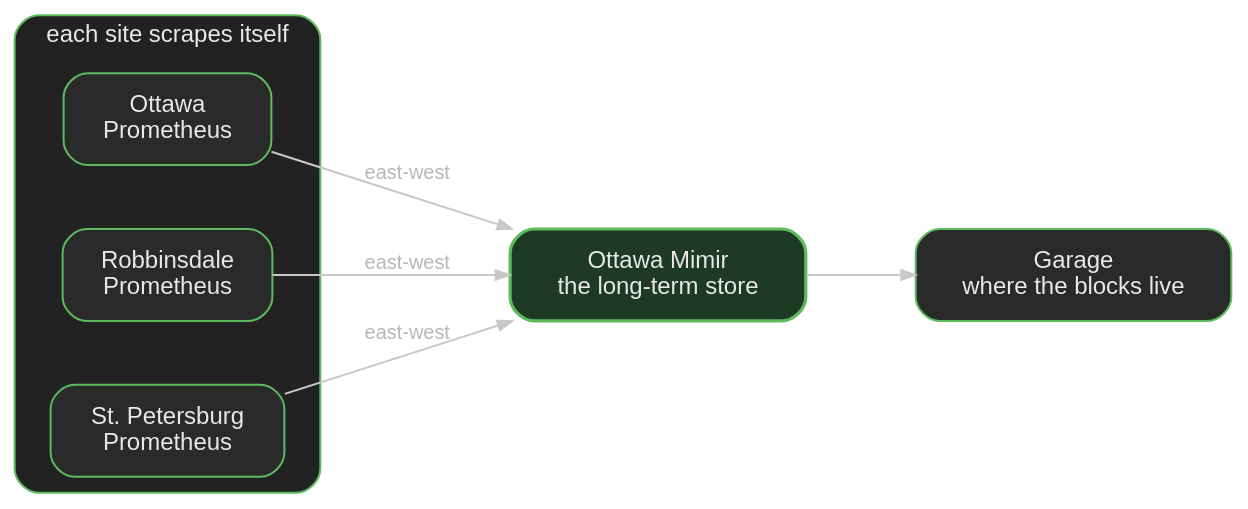
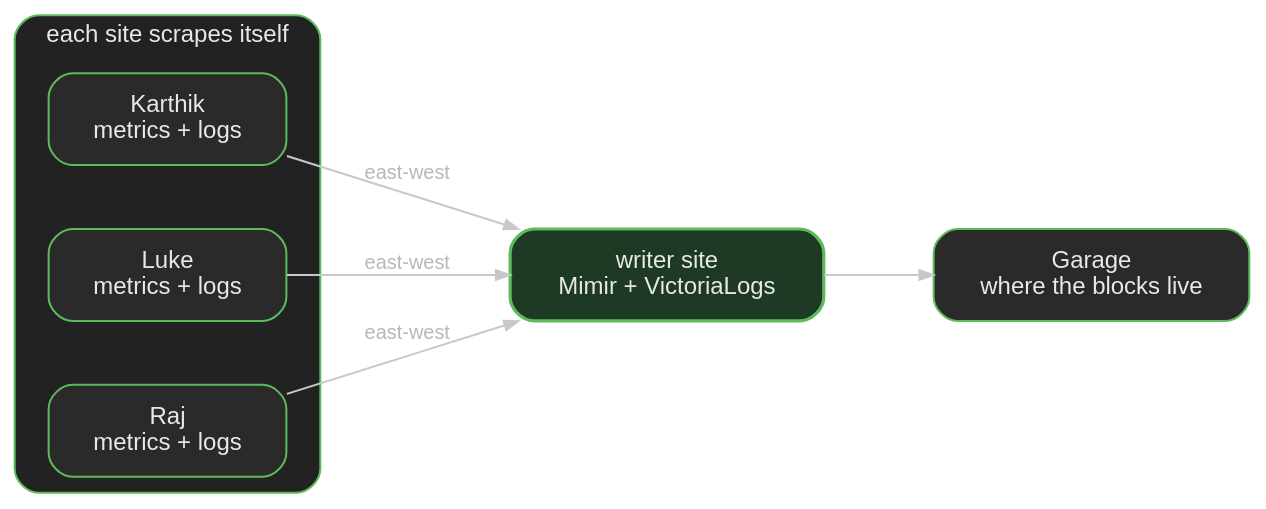
One commit to rajsinghtech/portfolio changed the diagram in content/post/self-hosting-a-keiretsu/telemetry.dot. Above: the diagram before and after it, drawn with Graphviz. The commit also changed 3 other files, not shown here.

Commit message:
Ship logs east-west with the metrics, same hallway

```diff
--- a/content/post/self-hosting-a-keiretsu/telemetry.dot
+++ b/content/post/self-hosting-a-keiretsu/telemetry.dot
@@ -1,31 +1,31 @@
 digraph telemetry {
   graph [
     rankdir=LR, splines=spline, bgcolor="transparent",
     fontname="Helvetica", fontsize=12, pad=0.28, nodesep=0.45, ranksep=0.75,
     fontcolor="#e8e8e8"
   ];
   node [fontname="Helvetica", fontsize=12, shape=box, style="filled,rounded",
         fillcolor="#2a2a2a", color="#5dba5d", fontcolor="#e8e8e8", margin="0.22,0.14"];
   edge [fontname="Helvetica", fontsize=10, color="#c8c8c8", fontcolor="#b8b8b8", arrowsize=0.7];
 
   subgraph cluster_sites {
     label="each site scrapes itself";
     style="rounded,filled"; fillcolor="#222222"; color="#5dba5d"; fontsize=12; fontcolor="#e8e8e8";
-    ot [label="Ottawa\nPrometheus"];
-    rb [label="Robbinsdale\nPrometheus"];
-    sp [label="St. Petersburg\nPrometheus"];
+    ot [label="Karthik\nmetrics + logs"];
+    rb [label="Luke\nmetrics + logs"];
+    sp [label="Raj\nmetrics + logs"];
   }
 
-  mimir [
-    label="Ottawa Mimir\nthe long-term store",
+  store [
+    label="writer site\nMimir + VictoriaLogs",
     fillcolor="#1e3a24", color="#5dba5d", penwidth=1.6
   ];
   garage [
     label="Garage\nwhere the blocks live"
   ];
 
-  ot -> mimir [label="east-west"];
-  rb -> mimir [label="east-west"];
-  sp -> mimir [label="east-west"];
-  mimir -> garage;
+  ot -> store [label="east-west"];
+  rb -> store [label="east-west"];
+  sp -> store [label="east-west"];
+  store -> garage;
 }
```
